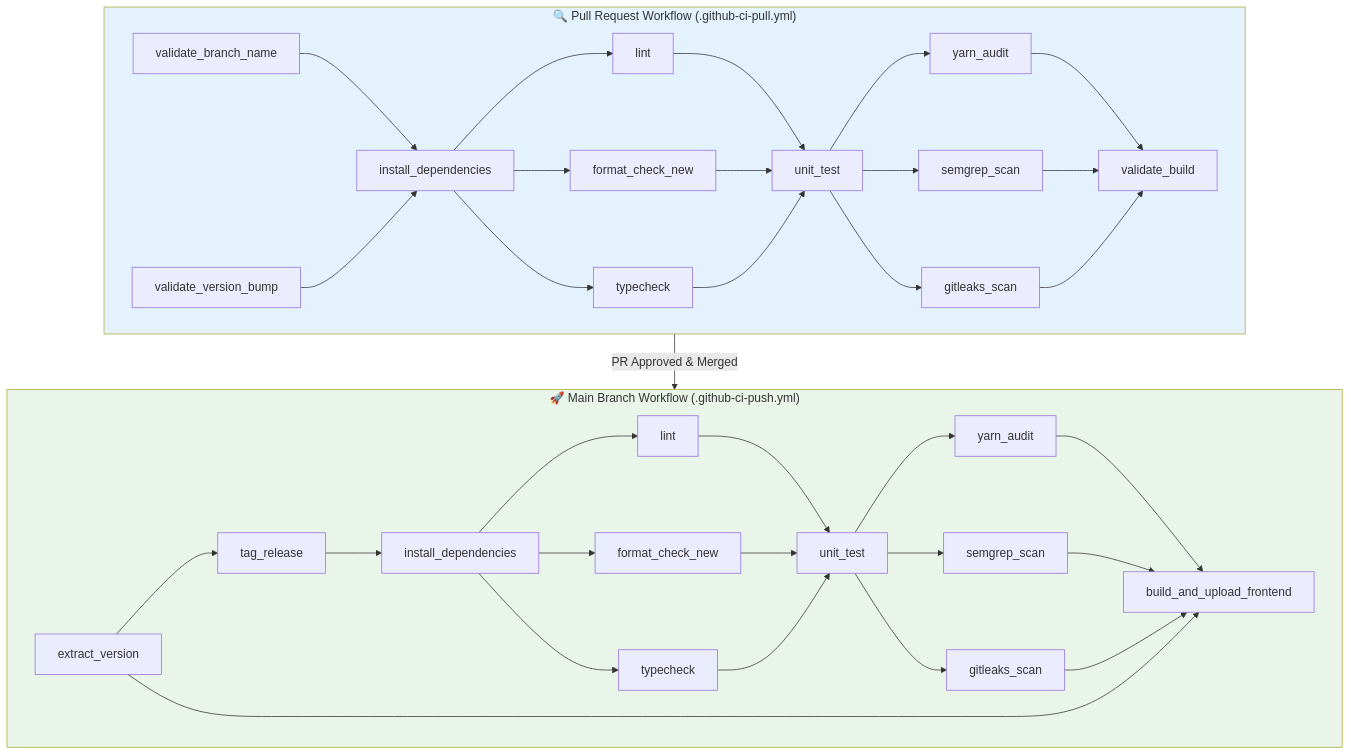
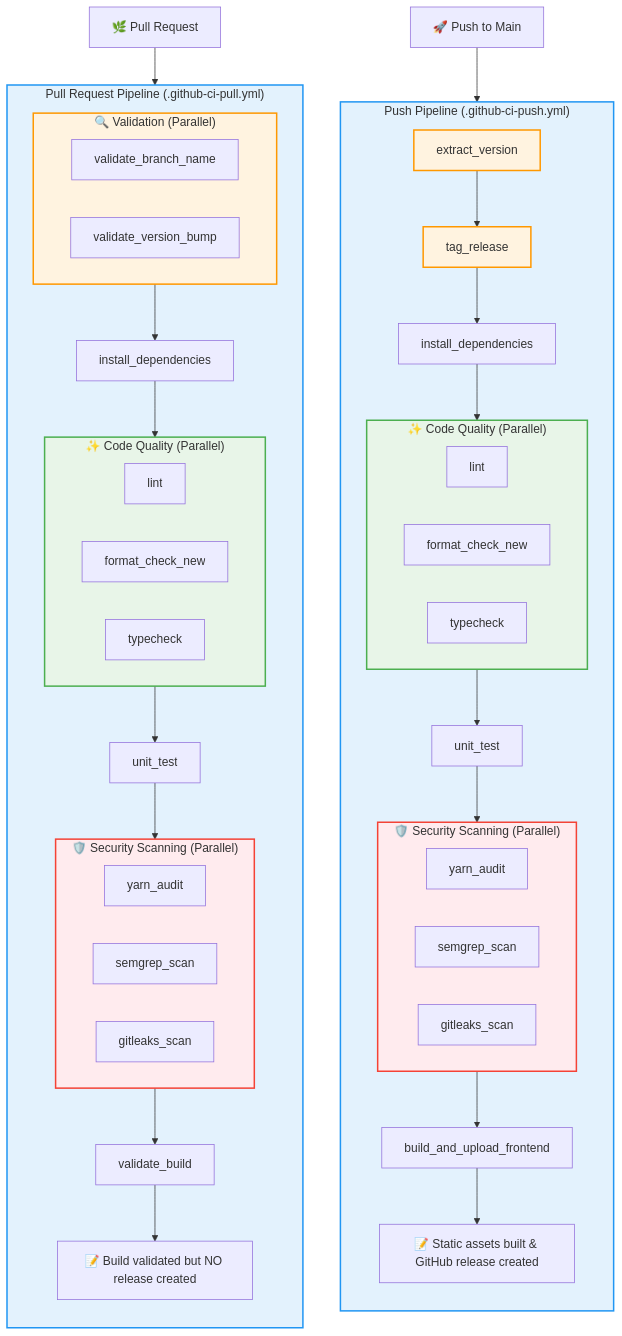
The diagram in README.md (wehrwolf217/Nodejs-Bestpractice-Cicd-Frontend), drawn with Mermaid before and after one commit.

Commit message:
updated readme [ci skip]

````diff
--- a/README.md
+++ b/README.md
@@ -201,45 +201,83 @@
 ```mermaid
-graph TD
-    subgraph PR["🔍 Pull Request Workflow (.github-ci-pull.yml)"]
-        PR1[validate_branch_name] 
-        PR2[validate_version_bump]
-        PR1 --> PR3[install_dependencies]
-        PR2 --> PR3
-        PR3 --> PR4A[lint]
-        PR3 --> PR4B[format_check_new]
-        PR3 --> PR4C[typecheck]
-        PR4A --> PR5[unit_test]
-        PR4B --> PR5
-        PR4C --> PR5
-        PR5 --> PR6A[yarn_audit]
-        PR5 --> PR6B[semgrep_scan]
-        PR5 --> PR6C[gitleaks_scan]
-        PR6A --> PR7[validate_build]
-        PR6B --> PR7
-        PR6C --> PR7
+graph TB
+    A[🌿 Pull Request] --> B["📋 PR Pipeline"]
+    C[🚀 Push to Main] --> D["🚀 Push Pipeline"]
+
+    subgraph B ["Pull Request Pipeline (.github-ci-pull.yml)"]
+        direction TB
+        
+        subgraph B1 ["🔍 Validation (Parallel)"]
+            BP1[validate_branch_name]
+            BP2[validate_version_bump] 
+        end
+        
+        B4[install_dependencies]
+        
+        subgraph B2 ["✨ Code Quality (Parallel)"]
+            BQ1[lint] 
+            BQ2[format_check_new]
+            BQ3[typecheck]
+        end
+        
+        B5[unit_test]
+        
+        subgraph B3 ["🛡️ Security Scanning (Parallel)"]
+            BS1[yarn_audit]
+            BS2[semgrep_scan]
+            BS3[gitleaks_scan]
+        end
+        
+        B6[validate_build]
+        B7[📝 Build validated but NO release created]
+        
+        B1 --> B4
+        B4 --> B2
+        B2 --> B5
+        B5 --> B3
+        B3 --> B6
+        B6 --> B7
     end
 
-    subgraph PUSH["🚀 Main Branch Workflow (.github-ci-push.yml)"]
-        PUSH1[extract_version] 
-        PUSH1 --> PUSH2[tag_release]
-        PUSH2 --> PUSH3[install_dependencies]
-        PUSH3 --> PUSH4A[lint]
-        PUSH3 --> PUSH4B[format_check_new]
-        PUSH3 --> PUSH4C[typecheck]
-        PUSH4A --> PUSH5[unit_test]
-        PUSH4B --> PUSH5
-        PUSH4C --> PUSH5
-        PUSH5 --> PUSH6A[yarn_audit]
-        PUSH5 --> PUSH6B[semgrep_scan]
-        PUSH5 --> PUSH6C[gitleaks_scan]
-        PUSH6A --> PUSH7[build_and_upload_frontend]
-        PUSH6B --> PUSH7
-        PUSH6C --> PUSH7
-        PUSH1 --> PUSH7
+    subgraph D ["Push Pipeline (.github-ci-push.yml)"]
+        direction TB
+        
+        D1[extract_version]
+        D2[tag_release]
+        D3[install_dependencies]
+        
+        subgraph D4 ["✨ Code Quality (Parallel)"]
+            DQ1[lint]
+            DQ2[format_check_new]
+            DQ3[typecheck]
+        end
+        
+        D5[unit_test]
+        
+        subgraph D6 ["🛡️ Security Scanning (Parallel)"]
+            DS1[yarn_audit]
+            DS2[semgrep_scan] 
+            DS3[gitleaks_scan]
+        end
+        
+        D7[build_and_upload_frontend]
+        D8[📝 Static assets built & GitHub release created]
+        
+        D1 --> D2
+        D2 --> D3
+        D3 --> D4
+        D4 --> D5
+        D5 --> D6
+        D6 --> D7
+        D7 --> D8
     end
 
-    PR --> |PR Approved & Merged| PUSH
-
-    style PR fill:#e3f2fd
-    style PUSH fill:#e8f5e8
+    classDef validationStyle fill:#fff3e0,stroke:#ff9800,stroke-width:2px
+    classDef qualityStyle fill:#e8f5e8,stroke:#4caf50,stroke-width:2px
+    classDef securityStyle fill:#ffebee,stroke:#f44336,stroke-width:2px
+    classDef pipelineStyle fill:#e3f2fd,stroke:#2196f3,stroke-width:2px
+    
+    class B1,D1,D2 validationStyle
+    class B2,D4 qualityStyle
+    class B3,D6 securityStyle
+    class B,D pipelineStyle
 ```
````
